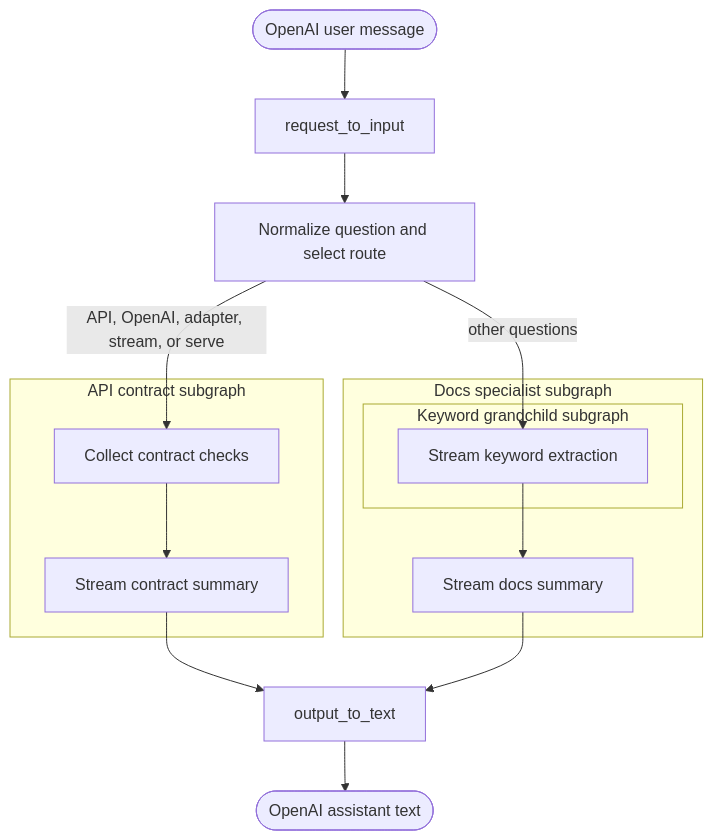
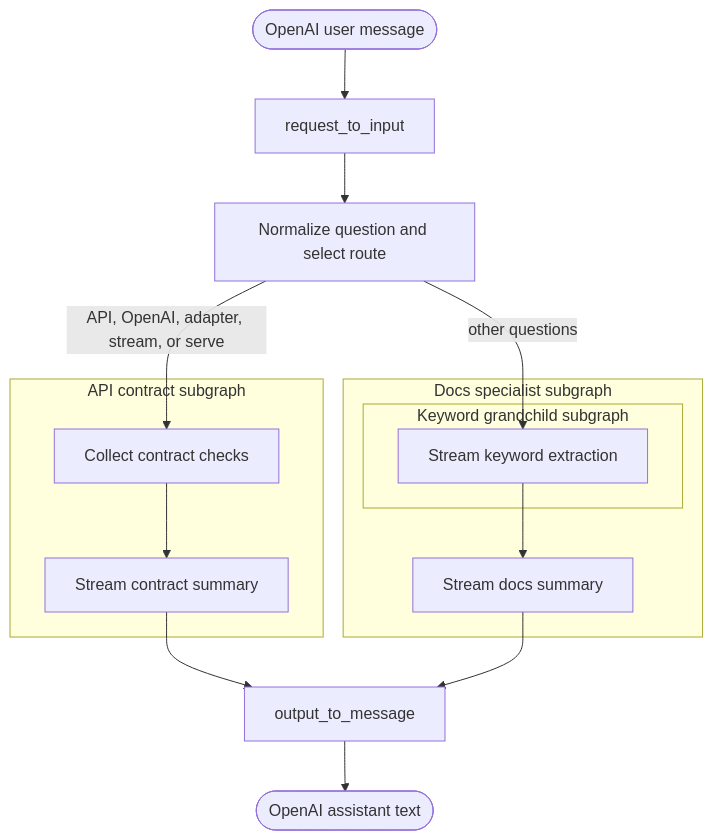
Before and after one commit to ilkersigirci/langgraph-openai-serve: the diagram in docs/demo/graphs/complex-subgraphs.md, drawn with Mermaid. The commit also changed 49 other files, not shown here.

````diff
--- a/docs/demo/graphs/complex-subgraphs.md
+++ b/docs/demo/graphs/complex-subgraphs.md
@@ -8,22 +8,22 @@
 ```mermaid
 flowchart TD
   request([OpenAI user message]) --> adapter["request_to_input"]
   adapter --> route["Normalize question and select route"]
 
   subgraph api["API contract subgraph"]
     checks["Collect contract checks"] --> api_summary["Stream contract summary"]
   end
 
   subgraph docs["Docs specialist subgraph"]
     subgraph keywords["Keyword grandchild subgraph"]
       extract["Stream keyword extraction"]
     end
     extract --> docs_summary["Stream docs summary"]
   end
 
   route -->|"API, OpenAI, adapter, stream, or serve"| checks
   route -->|"other questions"| extract
-  api_summary --> output["output_to_text"]
+  api_summary --> output["output_to_message"]
   docs_summary --> output
   output --> response([OpenAI assistant text])
 ```
````
